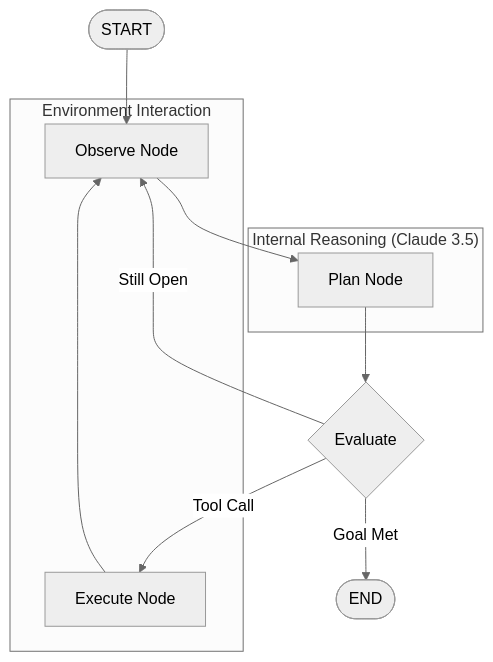
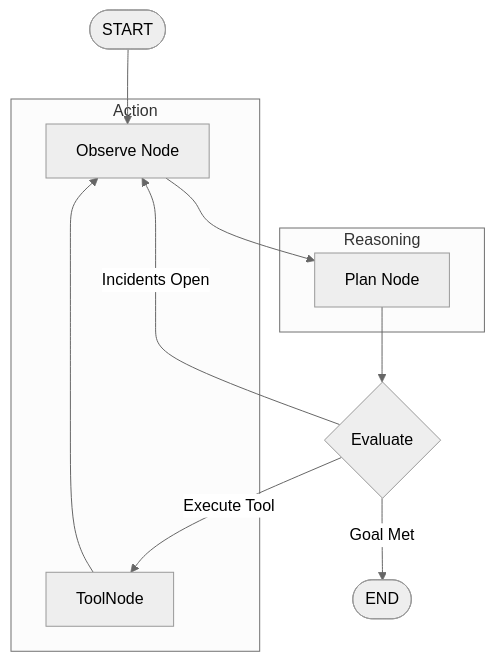
One commit to Hackb07/Urban-Crisis changed the second of 2 diagrams in docs/design.md. Above: the diagram before and after it, drawn with Mermaid (neutral theme). The commit also changed other lines of this file and 12 other files, not shown here.

Commit message:
Restructure project for decoupled deployment (Frontend/Backend) and add Mermaid diagrams

````diff
--- a/docs/design.md
+++ b/docs/design.md
@@ -14,21 +43,21 @@
 ```mermaid
 graph TD
-    Start([START]) --> Observe[Observe Node]
-    Observe --> Plan[Plan Node]
-    Plan --> Eval{Evaluate}
+    S([START]) --> O[Observe Node]
+    O --> P[Plan Node]
+    P --> E{Evaluate}
     
-    Eval -- Tool Call --> Execute[Execute Node]
-    Execute --> Observe
+    E -- "Execute Tool" --> T[ToolNode]
+    T --> O
     
-    Eval -- Still Open --> Observe
-    Eval -- Goal Met --> End([END])
+    E -- "Incidents Open" --> O
+    E -- "Goal Met" --> END([END])
 
-    subgraph "Internal Reasoning (Claude 3.5)"
-        Plan
+    subgraph "Reasoning"
+        P
     end
     
-    subgraph "Environment Interaction"
-        Execute
-        Observe
+    subgraph "Action"
+        T
+        O
     end
 ```
````
